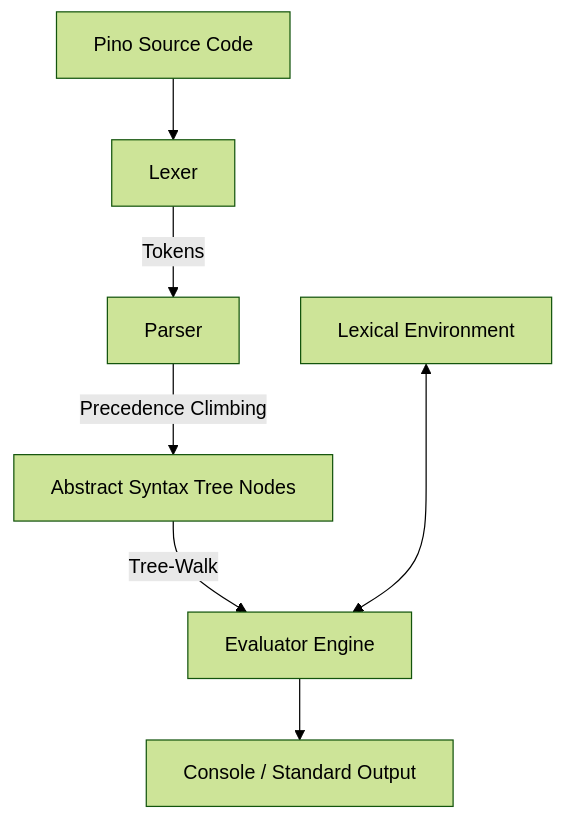
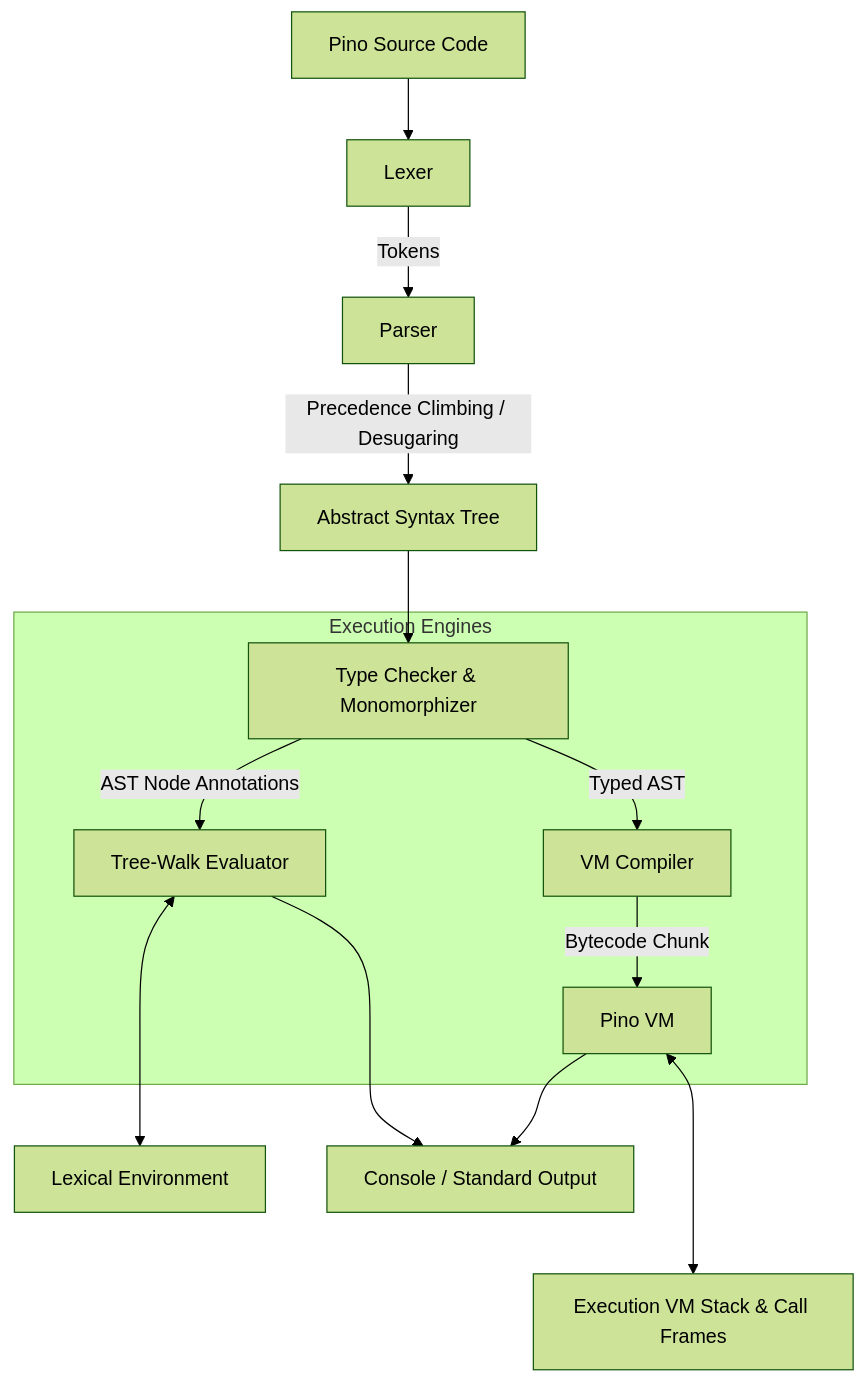
Before and after one commit to OGShawnLee/pino-lang: the diagram in ARCHITECTURE.md, drawn with Mermaid (forest theme). The commit also changed other lines of this file, not shown here.

Commit message:
docs: update ARCHITECTURE.md to document modular architecture, main program entrypoints, static duck typing, and PinoVM

````diff
--- a/ARCHITECTURE.md
+++ b/ARCHITECTURE.md
@@ -56,9 +87,19 @@
 ```mermaid
 graph TD
     Source[Pino Source Code] --> Lexer[Lexer]
     Lexer -->|Tokens| Parser[Parser]
-    Parser -->|Precedence Climbing| AST[Abstract Syntax Tree Nodes]
-    AST -->|Tree-Walk| Evaluator[Evaluator Engine]
-    Env[Lexical Environment] <---> Evaluator
+    Parser -->|Precedence Climbing / Desugaring| AST[Abstract Syntax Tree]
+    AST --> Checker[Type Checker & Monomorphizer]
+    
+    subgraph Execution Engines
+        Checker -->|AST Node Annotations| Evaluator[Tree-Walk Evaluator]
+        Checker -->|Typed AST| Compiler[VM Compiler]
+        Compiler -->|Bytecode Chunk| VM[Pino VM]
+    end
+    
+    Evaluator <---> Env[Lexical Environment]
+    VM <---> Stack[Execution VM Stack & Call Frames]
+    
     Evaluator --> Output[Console / Standard Output]
+    VM --> Output
 ```
````
